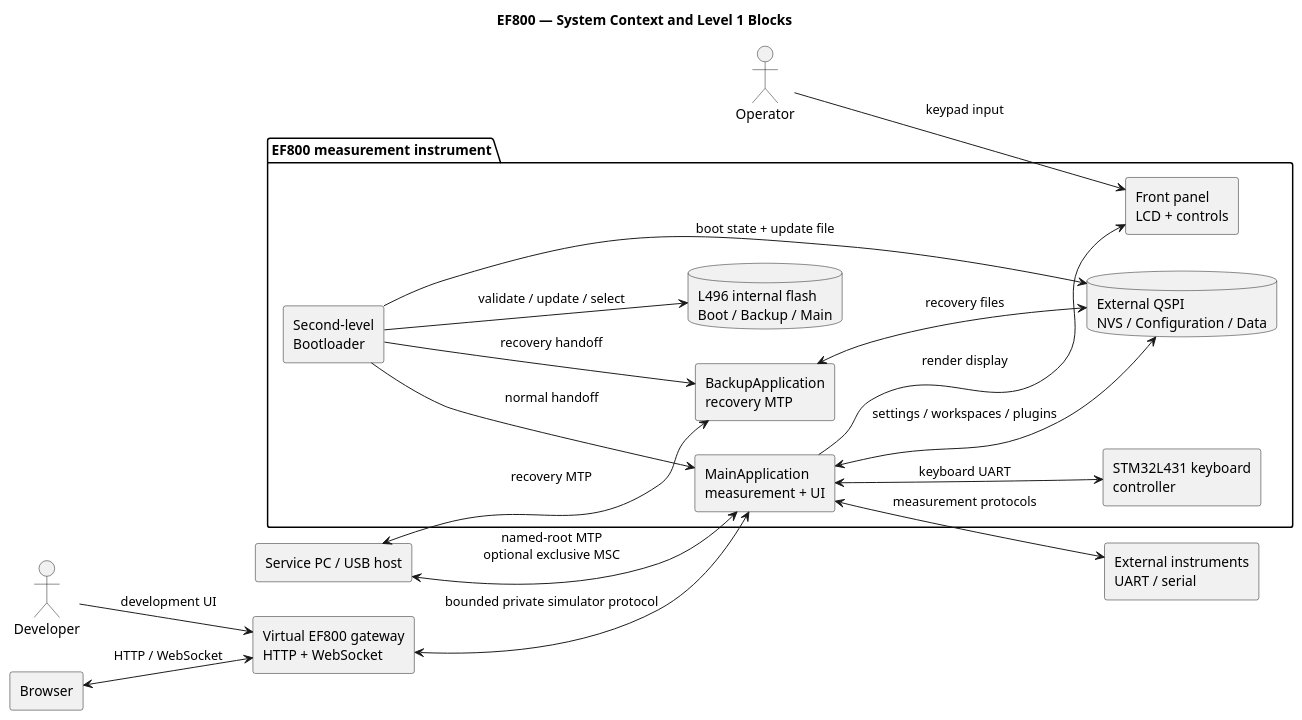
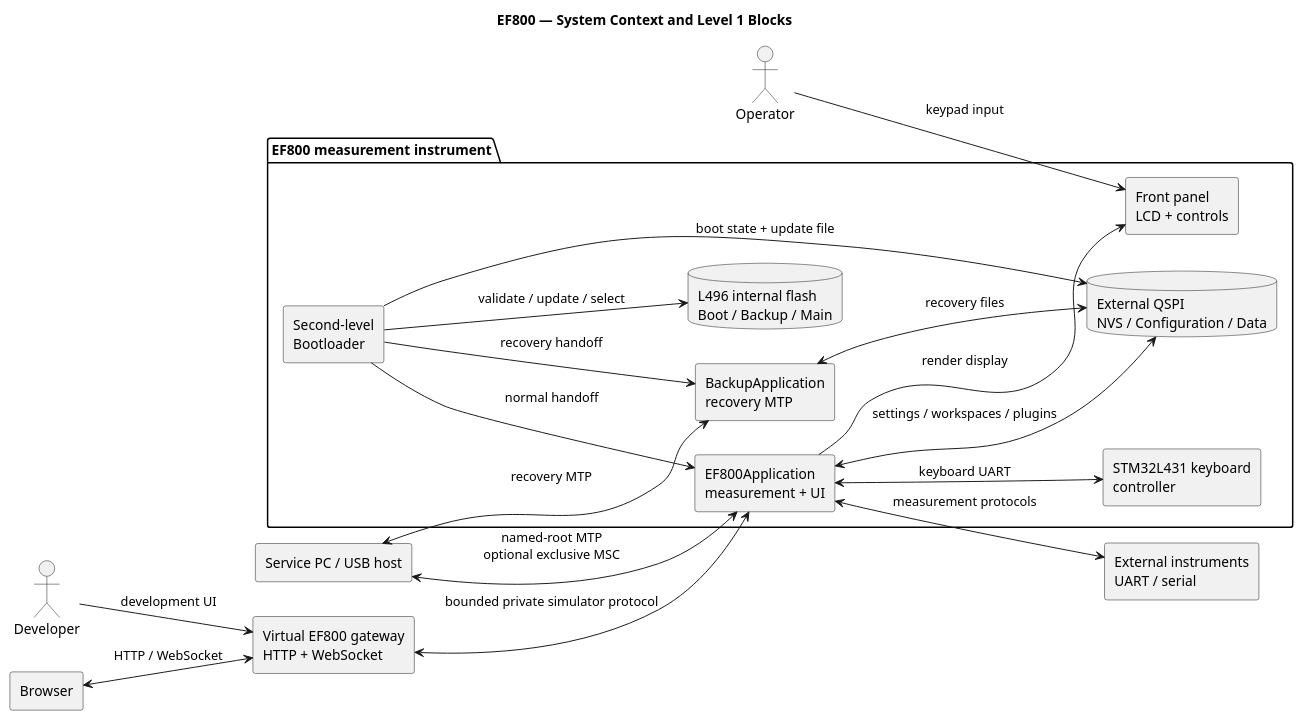
One commit to jaster-prj/EF800-Zephyr changed the diagram in architecture/diagram_as_code/05_building_block_view/1_level.puml. Above: the diagram before and after it, drawn with PlantUML. The commit also changed 753 other files, not shown here.

```diff
--- a/architecture/diagram_as_code/05_building_block_view/1_level.puml
+++ b/architecture/diagram_as_code/05_building_block_view/1_level.puml
@@ -1,38 +1,38 @@
 @startuml 1_level
 title EF800 — System Context and Level 1 Blocks
 left to right direction
 
 actor Operator
 actor Developer
 rectangle "Service PC / USB host" as pc
 rectangle "External instruments\nUART / serial" as instruments
 rectangle "Browser" as browser
 rectangle "Virtual EF800 gateway\nHTTP + WebSocket" as gateway
 
 package "EF800 measurement instrument" {
   rectangle "Second-level\nBootloader" as boot
-  rectangle "MainApplication\nmeasurement + UI" as main
+  rectangle "EF800Application\nmeasurement + UI" as main
   rectangle "BackupApplication\nrecovery MTP" as backup
   rectangle "STM32L431 keyboard\ncontroller" as keyboard
   database "L496 internal flash\nBoot / Backup / Main" as iflash
   database "External QSPI\nNVS / Configuration / Data" as qspi
   rectangle "Front panel\nLCD + controls" as frontpanel
 }
 
 Operator --> frontpanel : keypad input
 main --> frontpanel : render display
 main <--> keyboard : keyboard UART
 main <--> instruments : measurement protocols
 pc <--> main : named-root MTP\noptional exclusive MSC
 pc <--> backup : recovery MTP
 boot --> iflash : validate / update / select
 boot --> qspi : boot state + update file
 main <--> qspi : settings / workspaces / plugins
 backup <--> qspi : recovery files
 boot --> main : normal handoff
 boot --> backup : recovery handoff
 Developer --> gateway : development UI
 browser <--> gateway : HTTP / WebSocket
 gateway <--> main : bounded private simulator protocol
 
 @enduml
```
